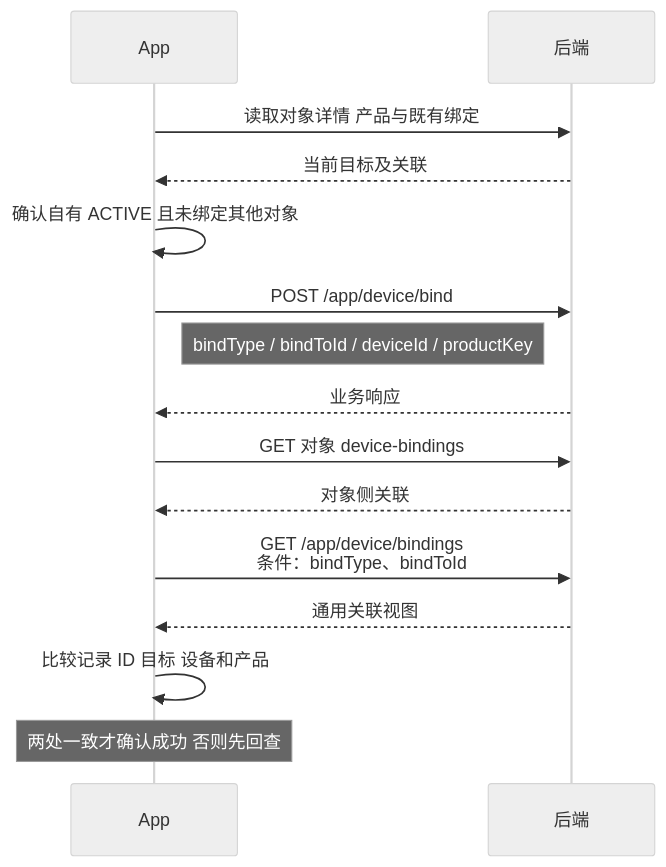
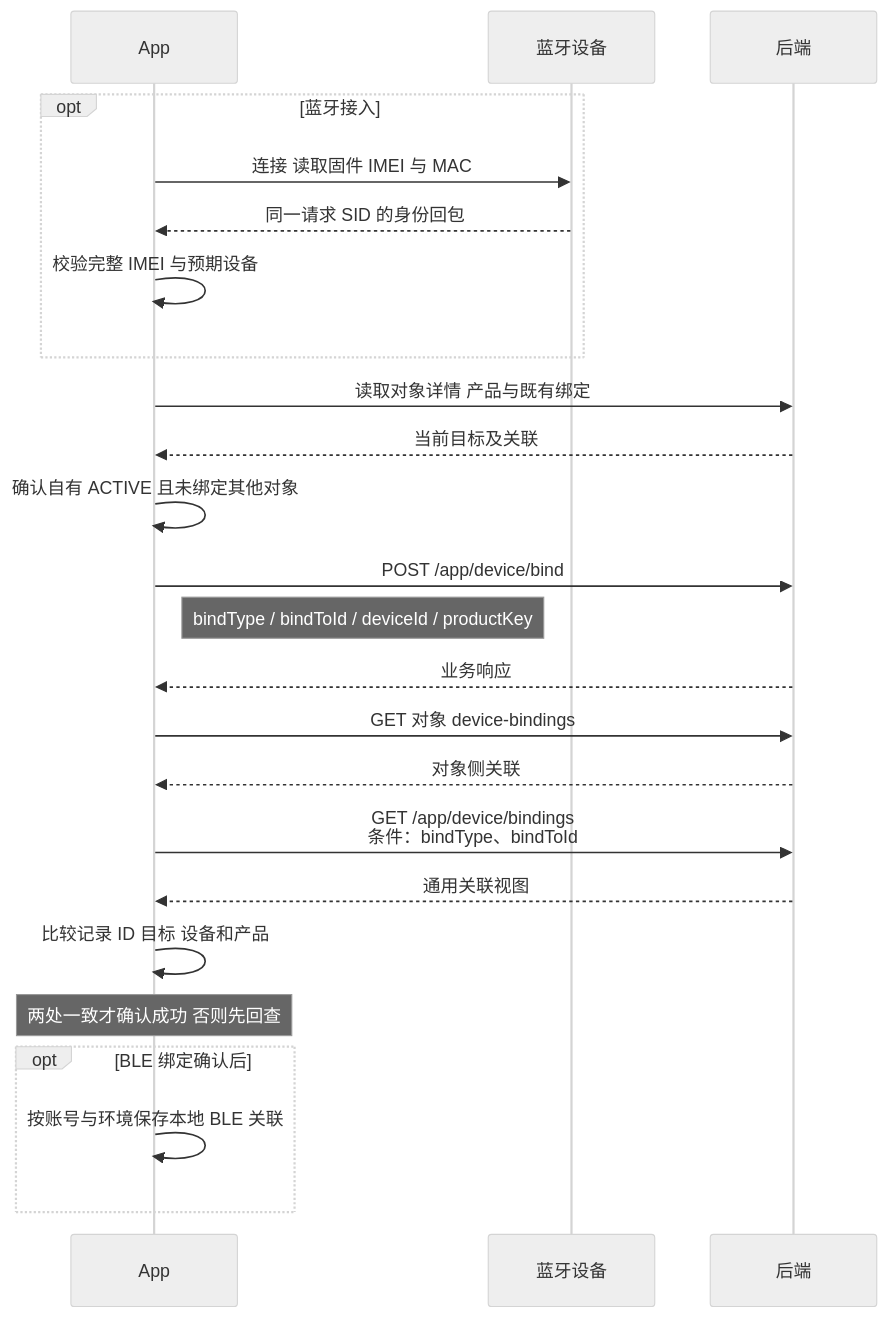
The diagram in guides/binding-sequence.mmd (jarLiao/eview-connect-c-app-prototype), drawn with Mermaid (neutral theme) before and after one commit. The commit also changed 41 other files, not shown here.

```diff
--- a/guides/binding-sequence.mmd
+++ b/guides/binding-sequence.mmd
@@ -1,15 +1,24 @@
 sequenceDiagram
     participant App as App
+    participant BLE as 蓝牙设备
     participant API as 后端
+    opt 蓝牙接入
+        App->>BLE: 连接 读取固件 IMEI 与 MAC
+        BLE-->>App: 同一请求 SID 的身份回包
+        App->>App: 校验完整 IMEI 与预期设备
+    end
     App->>API: 读取对象详情 产品与既有绑定
     API-->>App: 当前目标及关联
     App->>App: 确认自有 ACTIVE 且未绑定其他对象
     App->>API: POST /app/device/bind
     Note right of App: bindType / bindToId / deviceId / productKey
     API-->>App: 业务响应
     App->>API: GET 对象 device-bindings
     API-->>App: 对象侧关联
     App->>API: GET /app/device/bindings<br/>条件：bindType、bindToId
     API-->>App: 通用关联视图
     App->>App: 比较记录 ID 目标 设备和产品
     Note over App: 两处一致才确认成功 否则先回查
+    opt BLE 绑定确认后
+        App->>App: 按账号与环境保存本地 BLE 关联
+    end
```
